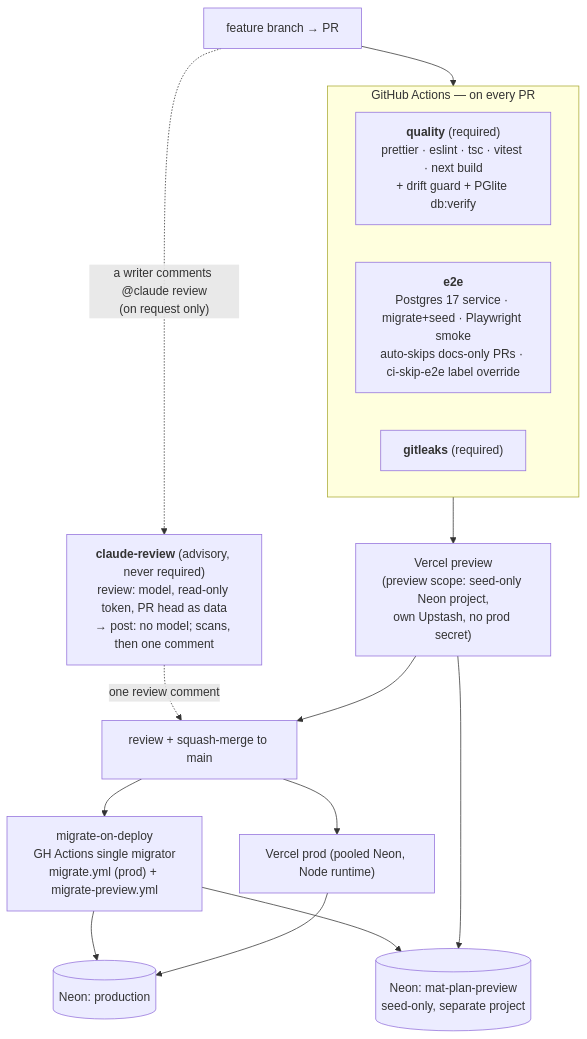
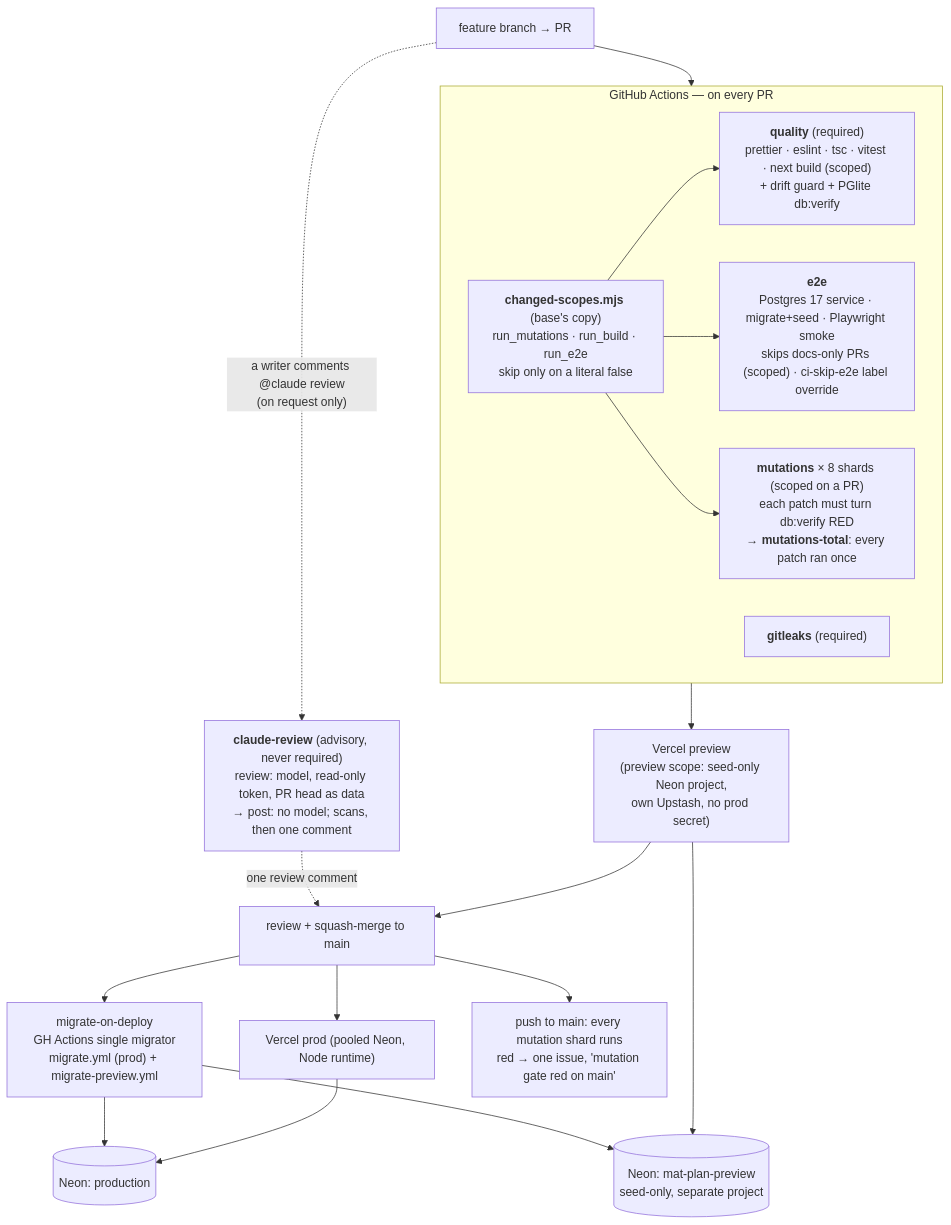
One commit to ralamode/mat-plan changed diagram 17 of 21 in docs/architecture.md. Above: the diagram before and after it, drawn with Mermaid. The commit also changed 16 other files, not shown here.

First line of the commit message:
ci(dx-18): the mutation proof runs in CI, and pull requests skip the heavy steps they cannot affect (#675)

````diff
--- a/docs/architecture.md
+++ b/docs/architecture.md
@@ -844,19 +844,25 @@
 ```mermaid
 flowchart TB
   DEV["feature branch → PR"] --> CI
   subgraph CI["GitHub Actions — on every PR"]
-    Q["<b>quality</b> (required)<br/>prettier · eslint · tsc · vitest · next build<br/>+ drift guard + PGlite db:verify"]
-    E["<b>e2e</b><br/>Postgres 17 service · migrate+seed · Playwright smoke<br/>auto-skips docs-only PRs · ci-skip-e2e label override"]
+    S["<b>changed-scopes.mjs</b> (base's copy)<br/>run_mutations · run_build · run_e2e<br/>skip only on a literal false"]
+    Q["<b>quality</b> (required)<br/>prettier · eslint · tsc · vitest · next build (scoped)<br/>+ drift guard + PGlite db:verify"]
+    E["<b>e2e</b><br/>Postgres 17 service · migrate+seed · Playwright smoke<br/>skips docs-only PRs (scoped) · ci-skip-e2e label override"]
+    M["<b>mutations</b> × 8 shards (scoped on a PR)<br/>each patch must turn db:verify RED<br/>→ <b>mutations-total</b>: every patch ran once"]
+    S --> Q
+    S --> E
+    S --> M
     G["<b>gitleaks</b> (required)"]
   end
   CI --> PREV["Vercel preview<br/>(preview scope: seed-only Neon project,<br/>own Upstash, no prod secret)"]
   DEV -. "a writer comments @claude review<br/>(on request only)" .-> CR["<b>claude-review</b> (advisory, never required)<br/>review: model, read-only token, PR head as data<br/>→ post: no model; scans, then one comment"]
   CR -. "one review comment" .-> REV
   PREV --> REV["review + squash-merge to main"]
   REV --> MIG["migrate-on-deploy<br/>GH Actions single migrator<br/>migrate.yml (prod) + migrate-preview.yml"]
   REV --> PROD["Vercel prod (pooled Neon, Node runtime)"]
+  REV --> MAIN["push to main: every mutation shard runs<br/>red → one issue, 'mutation gate red on main'"]
   MIG --> NEON[("Neon: production")]
   MIG --> NEONP[("Neon: mat-plan-preview<br/>seed-only, separate project")]
   PROD --> NEON
   PREV --> NEONP
 ```
````
